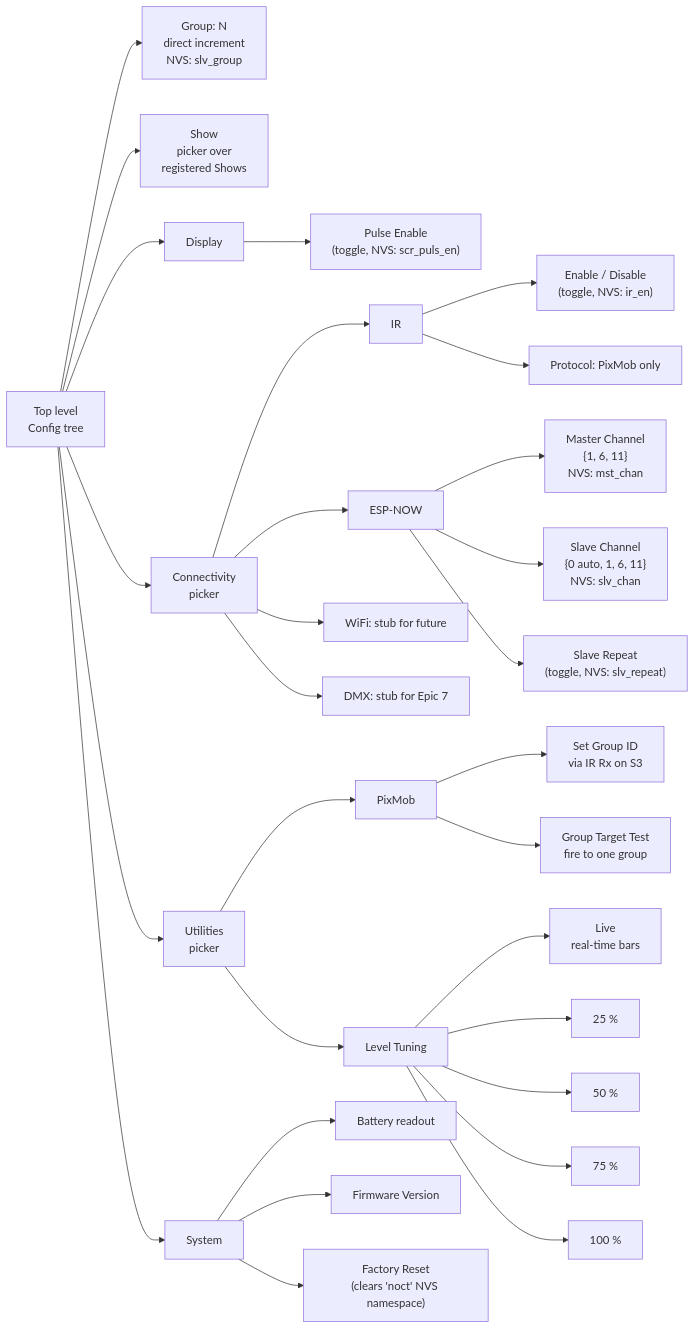
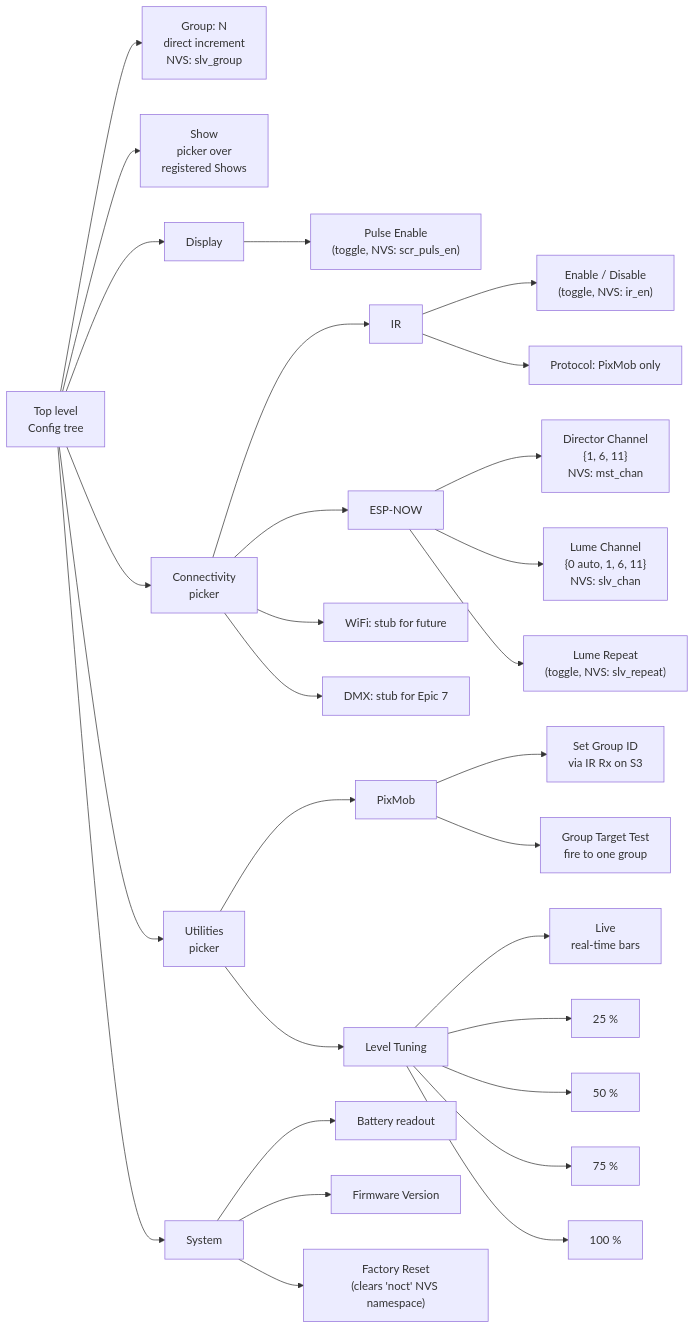
The eighth of 8 diagrams in docs/manuals/flow-diagrams.md (ratcliffej/nocturnation-stickc), drawn with Mermaid before and after one commit. The commit also changed other lines of this file and 14 other files, not shown here.

First line of the commit message:
Block 6: repo documentation aligned with Director/Lume

````diff
--- a/docs/manuals/flow-diagrams.md
+++ b/docs/manuals/flow-diagrams.md
@@ -232,40 +232,40 @@
 ```mermaid
 flowchart LR
     Top[Top level<br/>Config tree]
     Top --> G["Group: N<br/>direct increment<br/>NVS: slv_group"]
     Top --> SH[Show<br/>picker over<br/>registered Shows]
     Top --> D[Display]
     Top --> C[Connectivity<br/>picker]
     Top --> U[Utilities<br/>picker]
     Top --> SY[System]
 
     D --> DP["Pulse Enable<br/>(toggle, NVS: scr_puls_en)"]
 
     C --> CI[IR]
     C --> CE[ESP-NOW]
     C --> CW[WiFi: stub for future]
     C --> CD[DMX: stub for Epic 7]
 
     CI --> CIE["Enable / Disable<br/>(toggle, NVS: ir_en)"]
     CI --> CIP[Protocol: PixMob only]
 
-    CE --> CEM["Master Channel<br/>{1, 6, 11}<br/>NVS: mst_chan"]
-    CE --> CES["Slave Channel<br/>{0 auto, 1, 6, 11}<br/>NVS: slv_chan"]
-    CE --> CER["Slave Repeat<br/>(toggle, NVS: slv_repeat)"]
+    CE --> CEM["Director Channel<br/>{1, 6, 11}<br/>NVS: mst_chan"]
+    CE --> CES["Lume Channel<br/>{0 auto, 1, 6, 11}<br/>NVS: slv_chan"]
+    CE --> CER["Lume Repeat<br/>(toggle, NVS: slv_repeat)"]
 
     U --> UP[PixMob]
     U --> UL[Level Tuning]
 
     UP --> UPS[Set Group ID<br/>via IR Rx on S3]
     UP --> UPG[Group Target Test<br/>fire to one group]
 
     UL --> ULL[Live<br/>real-time bars]
     UL --> UL25[25 %]
     UL --> UL50[50 %]
     UL --> UL75[75 %]
     UL --> UL100[100 %]
 
     SY --> SYB[Battery readout]
     SY --> SYF[Firmware Version]
     SY --> SYR["Factory Reset<br/>(clears 'noct' NVS namespace)"]
 ```
````
